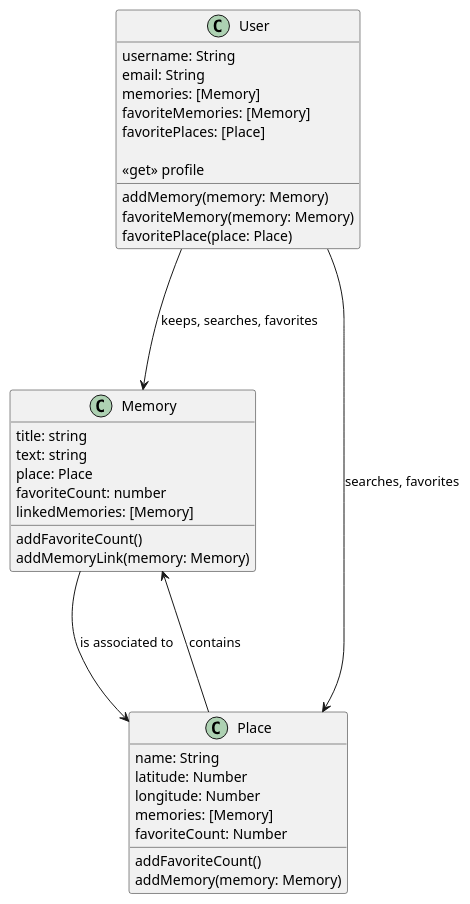
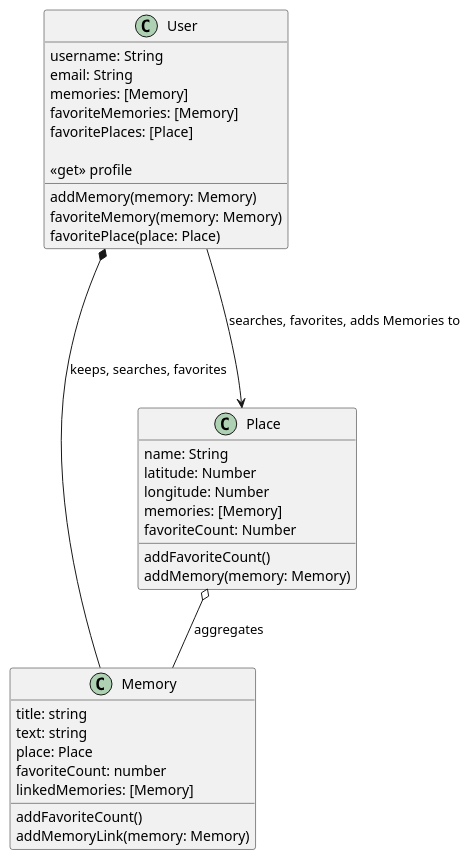
Before and after one commit to mateusk/mnemo: the diagram in architecture/classes.puml, drawn with PlantUML. The commit also changed 3 other files, not shown here.

Commit message:
Update UML diagrams

```diff
--- a/architecture/classes.puml
+++ b/architecture/classes.puml
@@ -1,43 +1,42 @@
 @startuml Class Diagram
 
 class Memory {
   title: string
   text: string
   place: Place
   favoriteCount: number
   linkedMemories: [Memory]
 
   addFavoriteCount()
   addMemoryLink(memory: Memory)
 }
 
 class Place {
   name: String
   latitude: Number
   longitude: Number
   memories: [Memory]
   favoriteCount: Number
 
   addFavoriteCount()
   addMemory(memory: Memory)
 }
 
 class User {
   username: String
   email: String
   memories: [Memory]
   favoriteMemories: [Memory]
   favoritePlaces: [Place]
 
   <<get>> profile
   addMemory(memory: Memory)
   favoriteMemory(memory: Memory)
   favoritePlace(place: Place)
 }
 
-Place ---> Memory : contains
-Memory ---> Place : is associated to
-User ---> Memory : keeps, searches, favorites
-User ---> Place : searches, favorites
+Place o-- Memory : aggregates
+User *-- Memory : keeps, searches, favorites
+User ---> Place : searches, favorites, adds Memories to
 
 @enduml
```
